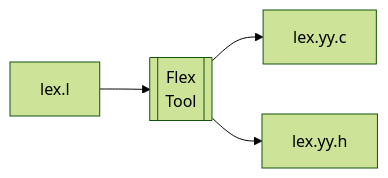
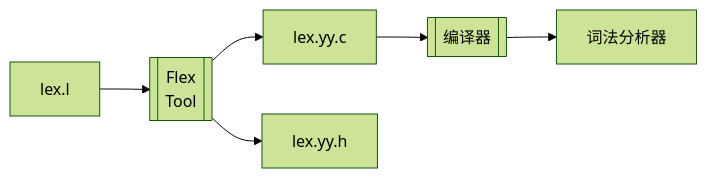
One commit to PoEdu/DarkArtsNexus changed the first of 2 diagrams in 极速教程/flex.md. Above: the diagram before and after it, drawn with Mermaid (forest theme). The commit also changed other lines of this file and 2 other files, not shown here.

````diff
--- a/极速教程/flex.md
+++ b/极速教程/flex.md
@@ -6,5 +6,6 @@
 ```mermaid
 flowchart LR
     lex.l --> flex[[Flex<br>Tool]] --> lex.yy.c
     flex[[Flex<br>Tool]] --> lex.yy.h
+    lex.yy.c --> compiler[[编译器]] --> scanner[词法分析器]
 ```
````
